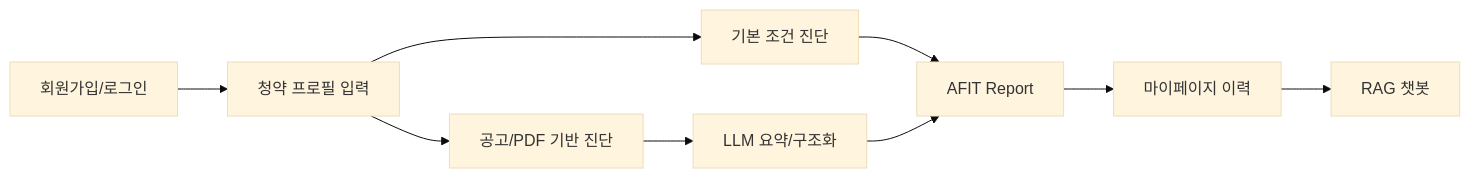
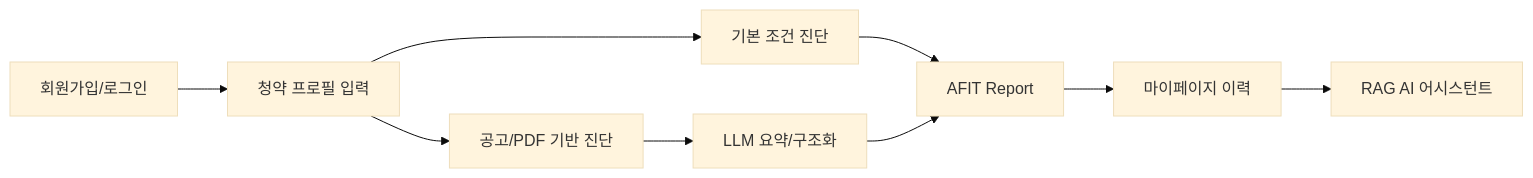
The first of 4 diagrams in README.md (ldy-99/SKN29-3rd-3team), drawn with Mermaid (base theme) before and after one commit. The commit also changed other lines of this file and 77 other files, not shown here.

````diff
--- a/README.md
+++ b/README.md
@@ -38,11 +38,11 @@
 ```mermaid
 flowchart LR
     Signup["회원가입/로그인"] --> Profile["청약 프로필 입력"]
     Profile --> Basic["기본 조건 진단"]
     Profile --> Notice["공고/PDF 기반 진단"]
     Notice --> Summary["LLM 요약/구조화"]
     Basic --> Report["AFIT Report"]
     Summary --> Report
     Report --> History["마이페이지 이력"]
-    History --> Chat["RAG 챗봇"]
+    History --> Chat["RAG AI 어시스턴트"]
 ```
````
